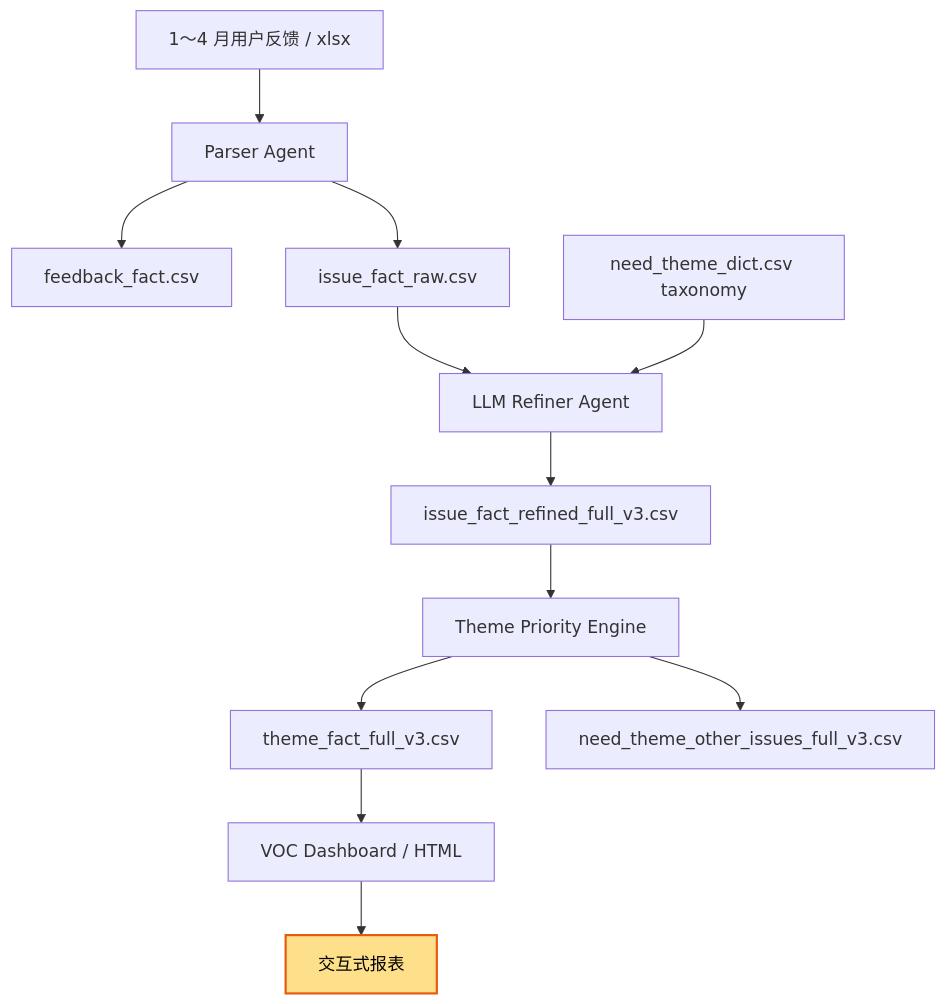
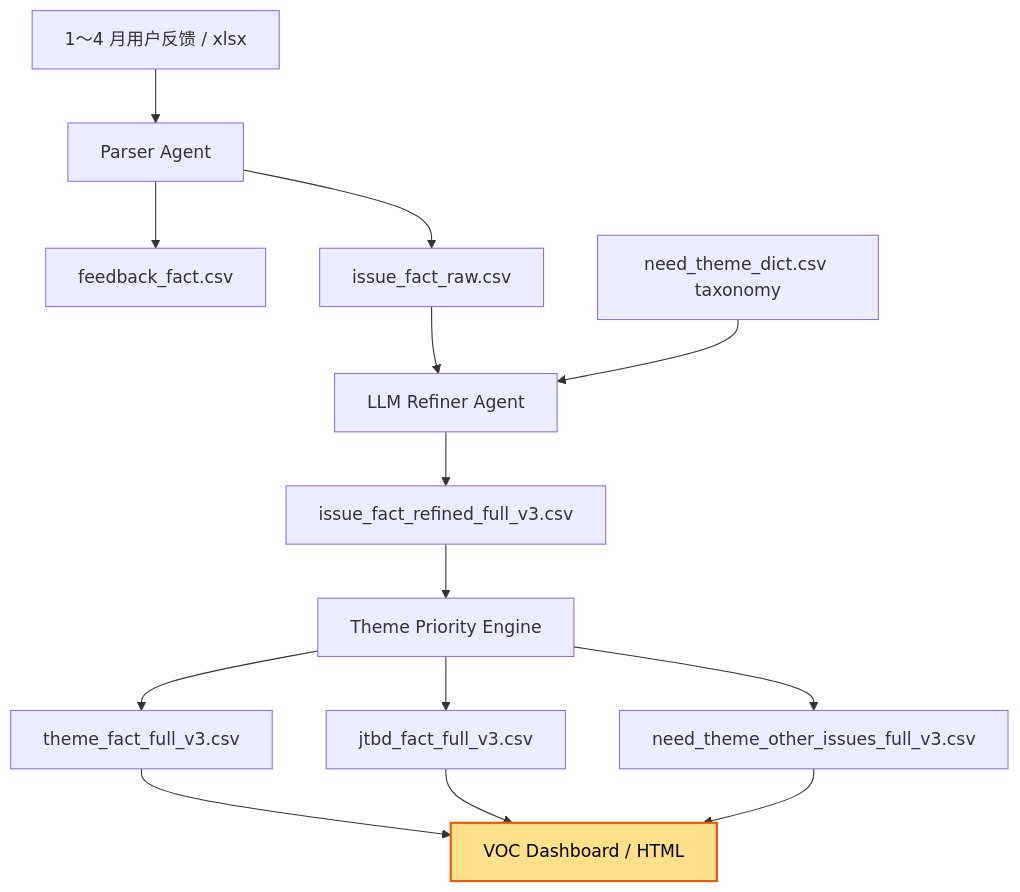
Before and after one commit to zhangzihaoDT/product_voc: the diagram in README.md, drawn with Mermaid. The commit also changed other lines of this file and 5 other files, not shown here.

````diff
--- a/README.md
+++ b/README.md
@@ -5,20 +5,22 @@
 ```mermaid
 flowchart TD
   A[1～4 月用户反馈 / xlsx] --> B[Parser Agent]
   B --> C[feedback_fact.csv]
   B --> D[issue_fact_raw.csv]
 
   D --> E[LLM Refiner Agent]
   T[need_theme_dict.csv taxonomy] --> E
   E --> F[issue_fact_refined_full_v3.csv]
 
   F --> G[Theme Priority Engine]
   G --> H[theme_fact_full_v3.csv]
-  G --> I[need_theme_other_issues_full_v3.csv]
+  G --> I[jtbd_fact_full_v3.csv]
+  G --> J[need_theme_other_issues_full_v3.csv]
 
-  H --> J[VOC Dashboard / HTML]
-  J --> K[交互式报表]
+  H --> K[VOC Dashboard / HTML]
+  I --> K
+  J --> K
 
   classDef highlight fill:#FFE08A,stroke:#E8590C,stroke-width:2px,color:#000;
   class K highlight;
 ```
````
